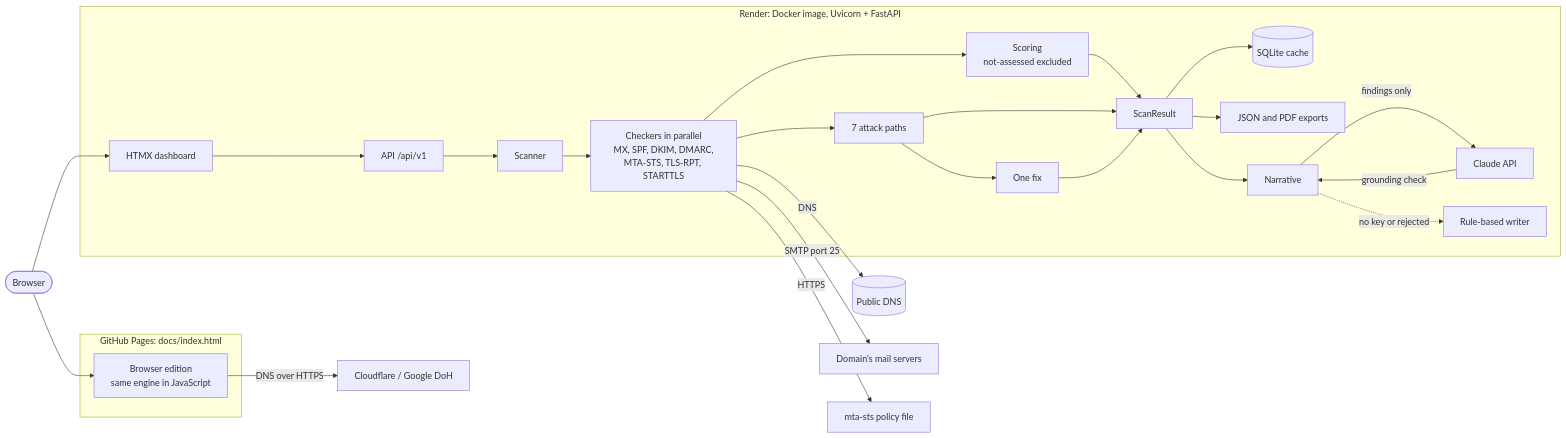
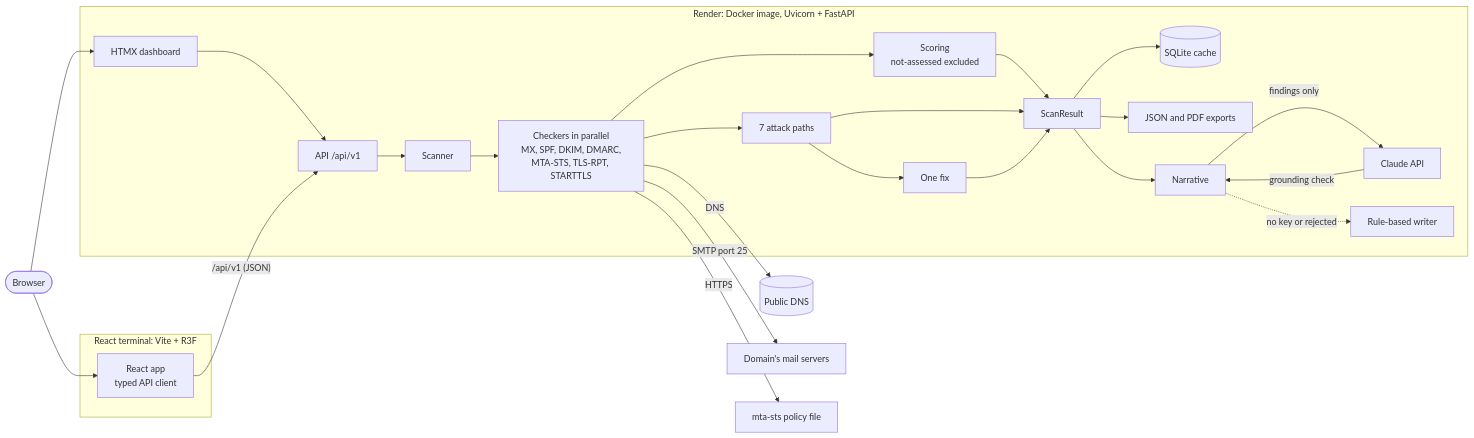
Before and after one commit to Yojan-ui/RIT: the diagram in README.md, drawn with Mermaid. The commit also changed other lines of this file and 49 other files, not shown here.

First line of the commit message:
Pivot frontend: React terminal (Vite, Tailwind 4, R3F); drop offline HTML edition

````diff
--- a/README.md
+++ b/README.md
@@ -227,33 +229,33 @@
 ```mermaid
 flowchart LR
     user(["Browser"])
 
-    subgraph pages["GitHub Pages: docs/index.html"]
-        lite["Browser edition<br/>same engine in JavaScript"]
+    subgraph web["React terminal: Vite + R3F"]
+        spa["React app<br/>typed API client"]
     end
 
     subgraph render["Render: Docker image, Uvicorn + FastAPI"]
         ui["HTMX dashboard"] --> api["API /api/v1"]
         api --> scanner["Scanner"]
         scanner --> checks["Checkers in parallel<br/>MX, SPF, DKIM, DMARC,<br/>MTA-STS, TLS-RPT, STARTTLS"]
         checks --> score["Scoring<br/>not-assessed excluded"]
         checks --> paths["7 attack paths"]
         paths --> fix["One fix"]
         score --> result["ScanResult"]
         paths --> result
         fix --> result
         result --> cache[("SQLite cache")]
         result --> export["JSON and PDF exports"]
         result --> narrative["Narrative"]
         narrative -- "findings only" --> claude["Claude API"]
         claude -- "grounding check" --> narrative
         narrative -. "no key or rejected" .-> rules["Rule-based writer"]
     end
 
-    user --> lite
+    user --> spa
     user --> ui
-    lite -- "DNS over HTTPS" --> doh["Cloudflare / Google DoH"]
+    spa -- "/api/v1 (JSON)" --> api
     checks -- "DNS" --> dns[("Public DNS")]
     checks -- "SMTP port 25" --> mx["Domain's mail servers"]
     checks -- "HTTPS" --> sts["mta-sts policy file"]
 ```
````
